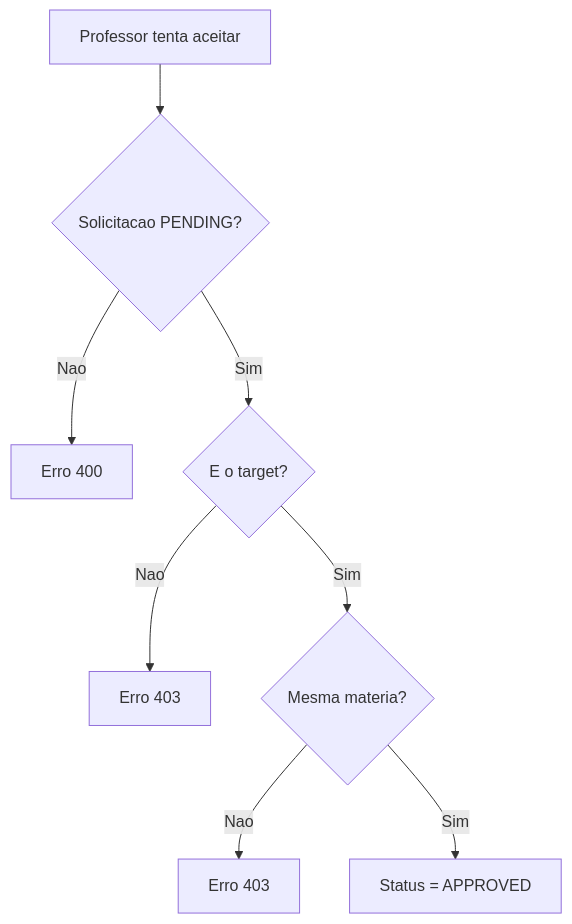
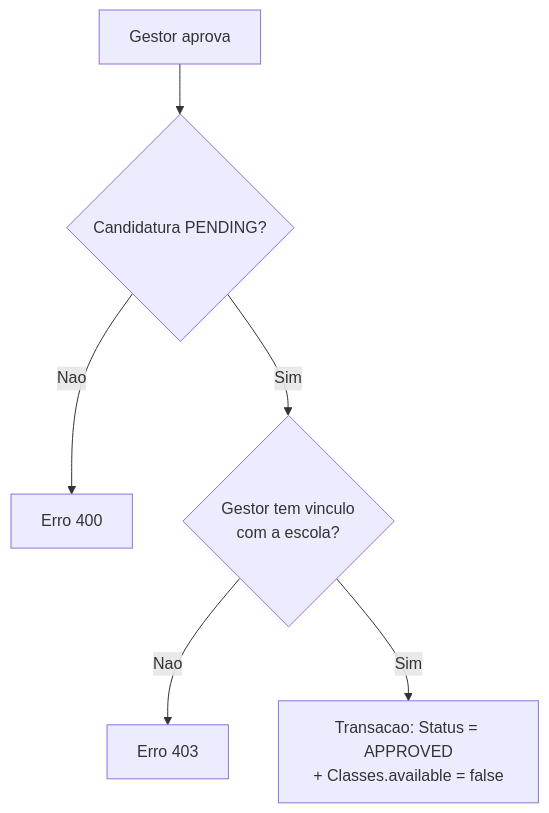
Before and after one commit to TROCA-AULA/troca-aula-backend: the eighth of 10 diagrams in docs/04-regras-negocio.md, drawn with Mermaid. The commit also changed other lines of this file and 1 other file, not shown here.

````diff
--- a/docs/04-regras-negocio.md
+++ b/docs/04-regras-negocio.md
@@ -283,10 +301,8 @@
 ```mermaid
 flowchart TD
-    A[Professor tenta aceitar] --> B{Solicitacao PENDING?}
+    A[Gestor aprova] --> B{Candidatura PENDING?}
     B -->|Nao| C[Erro 400]
-    B -->|Sim| D{E o target?}
+    B -->|Sim| D{Gestor tem vinculo<br/>com a escola?}
     D -->|Nao| E[Erro 403]
-    D -->|Sim| F{Mesma materia?}
-    F -->|Nao| G[Erro 403]
-    F -->|Sim| H[Status = APPROVED]
+    D -->|Sim| F["Transacao: Status = APPROVED<br/>+ Classes.available = false"]
 ```
````
